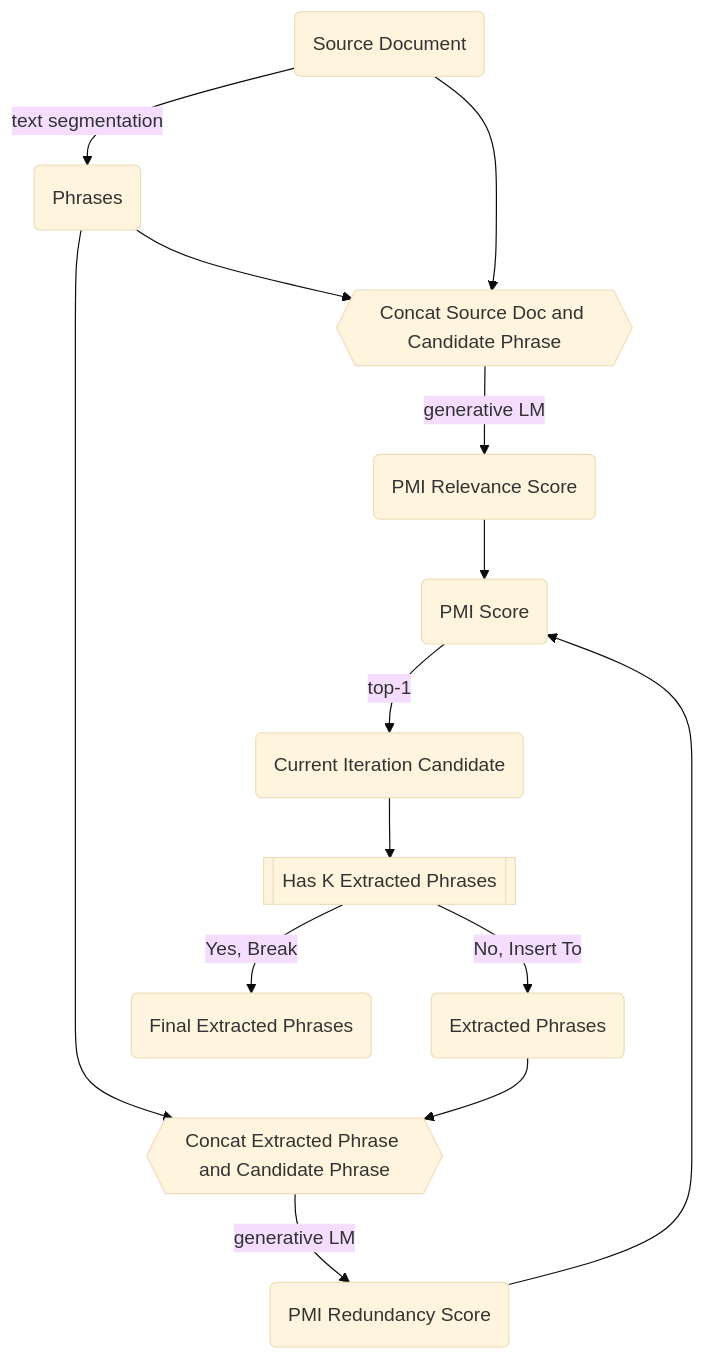
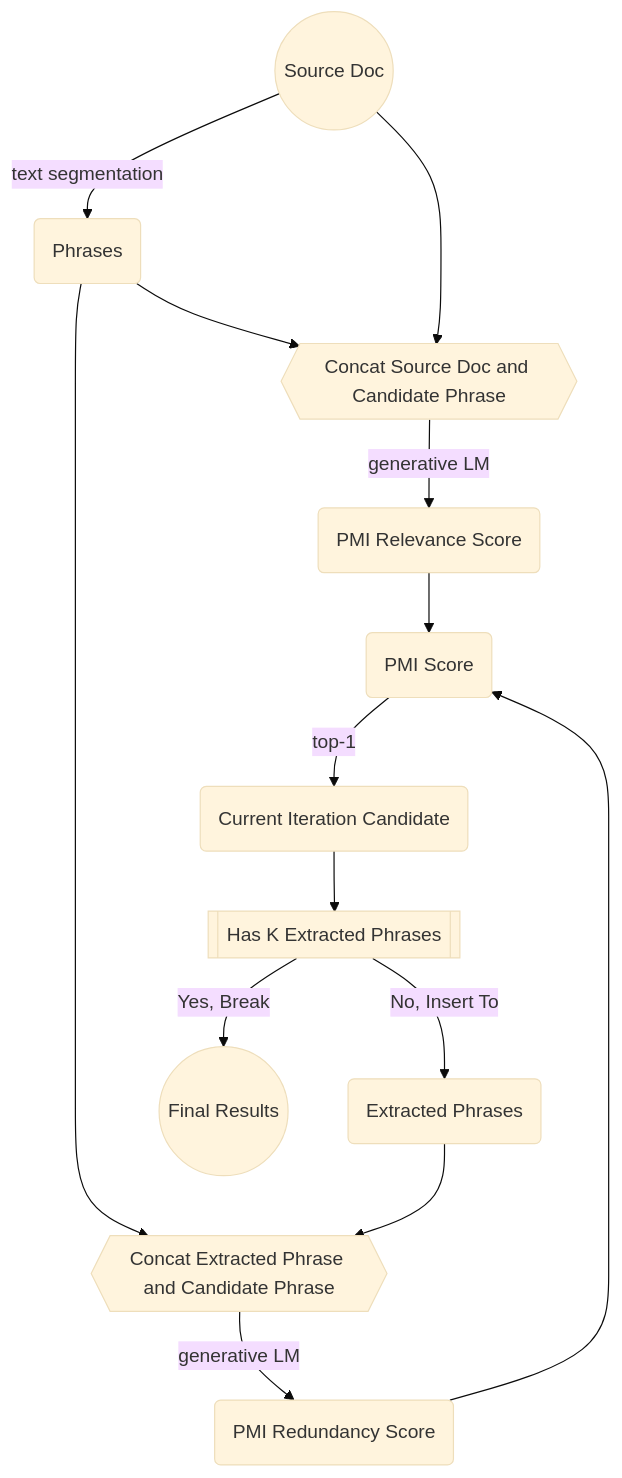
The diagram in docs/papers/unsupervised-extractive-summarization-using-pointwise-putual-information/README.md (innerNULL/leveling-up), drawn with Mermaid (base theme) before and after one commit.

````diff
--- a/docs/papers/unsupervised-extractive-summarization-using-pointwise-putual-information/README.md
+++ b/docs/papers/unsupervised-extractive-summarization-using-pointwise-putual-information/README.md
@@ -58,16 +58,16 @@
 ```mermaid
 graph TD;
-input_text(Source Document) --> |text segmentation| phrases(Phrases)
+input_text((Source Doc)) --> |text segmentation| phrases(Phrases)
 phrases --> concat2{{Concat Source Doc and Candidate Phrase}} 
 input_text --> concat2
 phrases --> concat1{{Concat Extracted Phrase and Candidate Phrase}} 
 extractions(Extracted Phrases) --> concat1 
 concat2 --> |generative LM| pmi_relevance(PMI Relevance Score)
 concat1 --> |generative LM| pmi_redundancy(PMI Redundancy Score)
 pmi_relevance --> pmi(PMI Score)
 pmi_redundancy --> pmi
 pmi --> |top-1| curr_candidate(Current Iteration Candidate)
 curr_candidate --> condition1[[Has K Extracted Phrases]]
 condition1 --> |No, Insert To| extractions
-condition1 --> |Yes, Break| final(Final Extracted Phrases) 
+condition1 --> |Yes, Break| final((Final Results)) 
 ```
````
